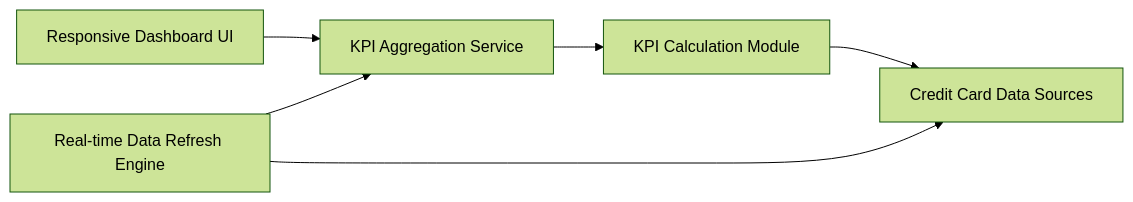
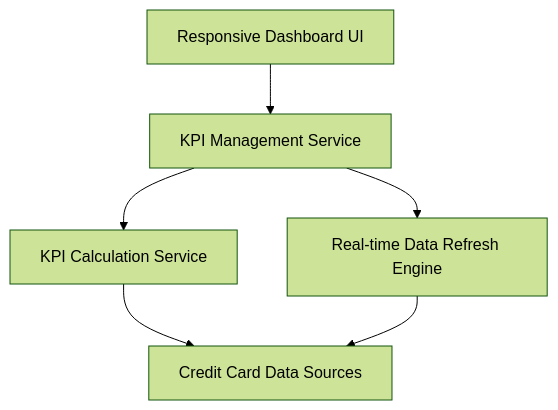
The diagram in HLD/QE-7742_HLD.md (AAVA-Demo/APB_Demo), drawn with Mermaid (forest theme) before and after one commit. The commit also changed other lines of this file and 5 other files, not shown here.

````diff
--- a/HLD/QE-7742_HLD.md
+++ b/HLD/QE-7742_HLD.md
@@ -7,13 +7,13 @@
 ```mermaid
-flowchart LR
+flowchart TD
     A["Responsive Dashboard UI"]
-    B["KPI Aggregation Service"]
+    B["KPI Management Service"]
     C["Credit Card Data Sources"]
     D["Real-time Data Refresh Engine"]
-    E["KPI Calculation Module"]
+    E["KPI Calculation Service"]
     A --> B
     B --> E
     E --> C
+    B --> D
     D --> C
-    D --> B
 ```
````
